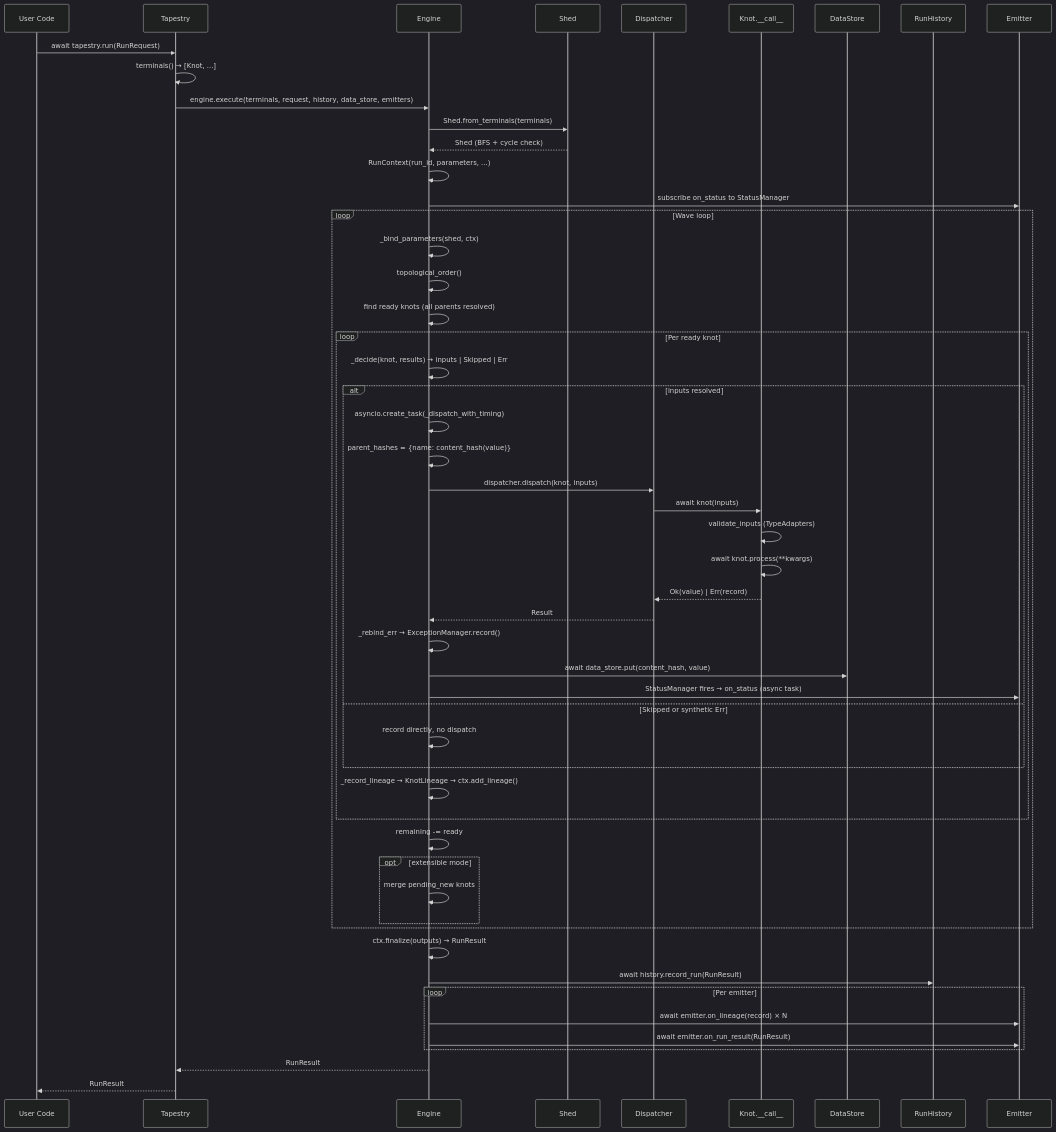
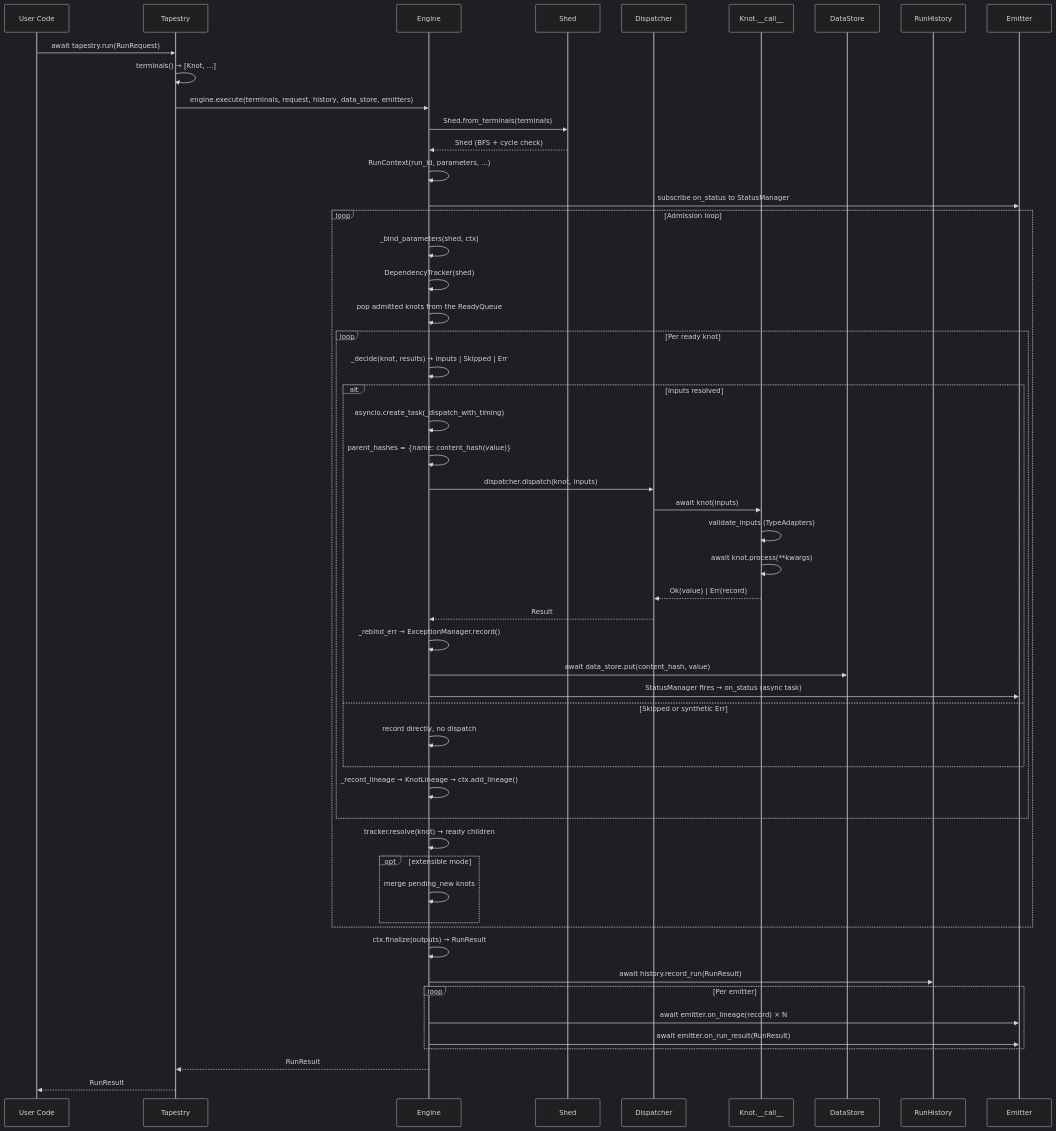
The second of 3 diagrams in docs/architecture.md (snoodleboot-io/pirn), drawn with Mermaid (dark theme) before and after one commit. The commit also changed other lines of this file and 7 other files, not shown here.

First line of the commit message:
docs: describe the admission-queue scheduler instead of waves (PIR-841)

````diff
--- a/docs/architecture.md
+++ b/docs/architecture.md
@@ -1226,60 +1232,60 @@
 ```mermaid
 sequenceDiagram
     participant U as User Code
     participant T as Tapestry
     participant E as Engine
     participant S as Shed
     participant D as Dispatcher
     participant K as Knot.__call__
     participant DS as DataStore
     participant H as RunHistory
     participant EM as Emitter
 
     U->>T: await tapestry.run(RunRequest)
     T->>T: terminals() → [Knot, ...]
     T->>E: engine.execute(terminals, request, history, data_store, emitters)
     E->>S: Shed.from_terminals(terminals)
     S-->>E: Shed (BFS + cycle check)
     E->>E: RunContext(run_id, parameters, ...)
     E->>EM: subscribe on_status to StatusManager
 
-    loop Wave loop
+    loop Admission loop
         E->>E: _bind_parameters(shed, ctx)
-        E->>E: topological_order()
-        E->>E: find ready knots (all parents resolved)
+        E->>E: DependencyTracker(shed)
+        E->>E: pop admitted knots from the ReadyQueue
 
         loop Per ready knot
             E->>E: _decide(knot, results) → inputs | Skipped | Err
             alt inputs resolved
                 E->>E: asyncio.create_task(_dispatch_with_timing)
                 E->>E: parent_hashes = {name: content_hash(value)}
                 E->>D: dispatcher.dispatch(knot, inputs)
                 D->>K: await knot(inputs)
                 K->>K: validate_inputs (TypeAdapters)
                 K->>K: await knot.process(**kwargs)
                 K-->>D: Ok(value) | Err(record)
                 D-->>E: Result
                 E->>E: _rebind_err → ExceptionManager.record()
                 E->>DS: await data_store.put(content_hash, value)
                 E->>EM: StatusManager fires → on_status (async task)
             else Skipped or synthetic Err
                 E->>E: record directly, no dispatch
             end
             E->>E: _record_lineage → KnotLineage → ctx.add_lineage()
         end
 
-        E->>E: remaining -= ready
+        E->>E: tracker.resolve(knot) → ready children
         opt extensible mode
             E->>E: merge pending_new knots
         end
     end
 
     E->>E: ctx.finalize(outputs) → RunResult
     E->>H: await history.record_run(RunResult)
     loop Per emitter
         E->>EM: await emitter.on_lineage(record) × N
         E->>EM: await emitter.on_run_result(RunResult)
     end
     E-->>T: RunResult
     T-->>U: RunResult
 ```
````
